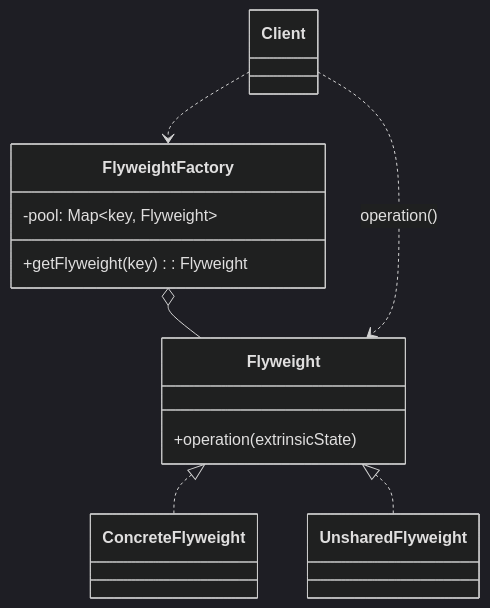
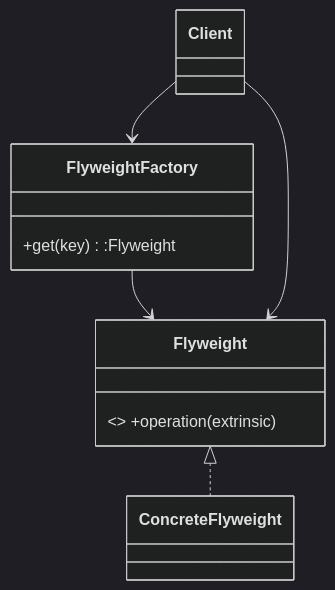
One commit to apdaza/gof-patterns-in-pygame changed diagram 11 of 23 in README.md. Above: the diagram before and after it, drawn with Mermaid (dark theme). The commit also changed other lines of this file, not shown here.

````diff
--- a/README.md
+++ b/README.md
@@ -244,20 +470,11 @@
 ```mermaid
 classDiagram
-    direction TD
-    class Flyweight {
-      +operation(extrinsicState)
-    }
-    class ConcreteFlyweight
-    class UnsharedFlyweight
-    class FlyweightFactory {
-      -pool: Map~key, Flyweight~
-      +getFlyweight(key): Flyweight
-    }
-    class Client
-
-    Flyweight <|.. ConcreteFlyweight
-    Flyweight <|.. UnsharedFlyweight
-    FlyweightFactory o-- Flyweight
-    Client ..> FlyweightFactory
-    Client ..> Flyweight : operation()
+class Flyweight{<<interface>> +operation(extrinsic)}
+class ConcreteFlyweight
+class FlyweightFactory{+get(key):Flyweight}
+class Client
+Flyweight <|.. ConcreteFlyweight
+FlyweightFactory --> Flyweight
+Client --> FlyweightFactory
+Client --> Flyweight
 ```
````
